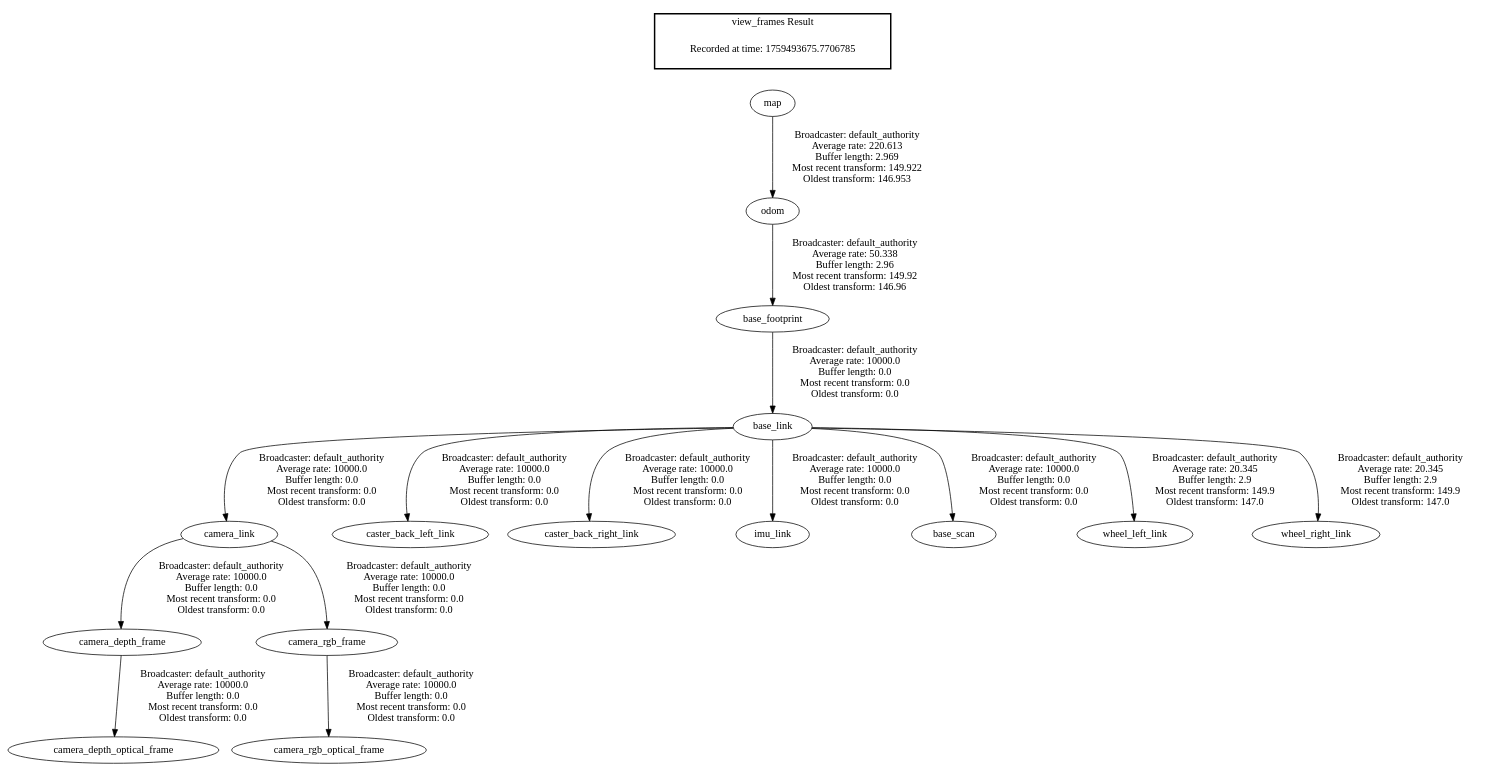
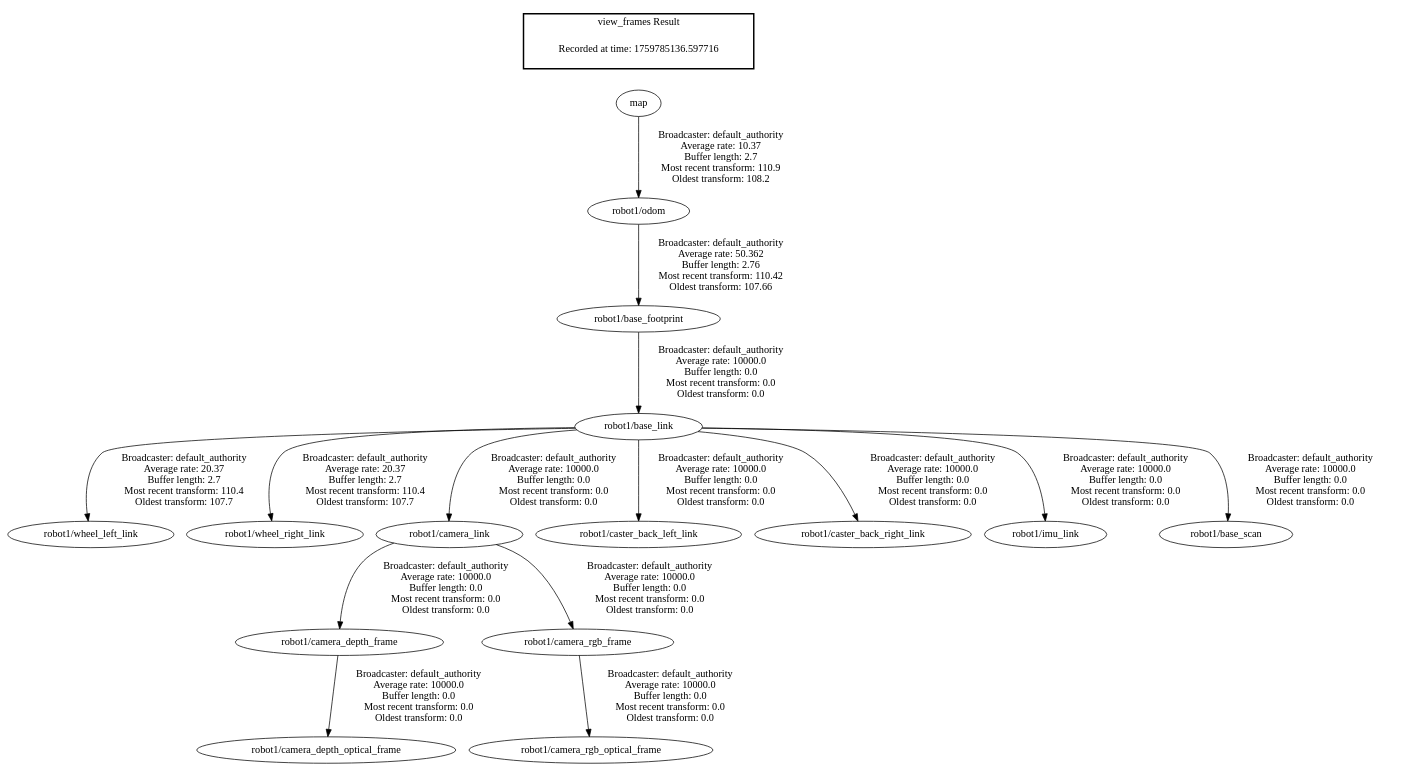
Before and after one commit to gAntonacci8/tb3_multi_nav: the diagram in ros_ws/frames_view/TF_global_view.gv, drawn with Graphviz. The commit also changed 2062 other files, not shown here.

```diff
--- a/ros_ws/frames_view/TF_global_view.gv
+++ b/ros_ws/frames_view/TF_global_view.gv
@@ -1,20 +1,20 @@
 digraph G {
-"odom" -> "base_footprint"[label=" Broadcaster: default_authority\nAverage rate: 50.338\nBuffer length: 2.96\nMost recent transform: 149.92\nOldest transform: 146.96\n"];
-"map" -> "odom"[label=" Broadcaster: default_authority\nAverage rate: 220.613\nBuffer length: 2.969\nMost recent transform: 149.922\nOldest transform: 146.953\n"];
-"base_footprint" -> "base_link"[label=" Broadcaster: default_authority\nAverage rate: 10000.0\nBuffer length: 0.0\nMost recent transform: 0.0\nOldest transform: 0.0\n"];
-"camera_link" -> "camera_depth_frame"[label=" Broadcaster: default_authority\nAverage rate: 10000.0\nBuffer length: 0.0\nMost recent transform: 0.0\nOldest transform: 0.0\n"];
-"base_link" -> "camera_link"[label=" Broadcaster: default_authority\nAverage rate: 10000.0\nBuffer length: 0.0\nMost recent transform: 0.0\nOldest transform: 0.0\n"];
-"camera_depth_frame" -> "camera_depth_optical_frame"[label=" Broadcaster: default_authority\nAverage rate: 10000.0\nBuffer length: 0.0\nMost recent transform: 0.0\nOldest transform: 0.0\n"];
-"camera_link" -> "camera_rgb_frame"[label=" Broadcaster: default_authority\nAverage rate: 10000.0\nBuffer length: 0.0\nMost recent transform: 0.0\nOldest transform: 0.0\n"];
-"camera_rgb_frame" -> "camera_rgb_optical_frame"[label=" Broadcaster: default_authority\nAverage rate: 10000.0\nBuffer length: 0.0\nMost recent transform: 0.0\nOldest transform: 0.0\n"];
-"base_link" -> "caster_back_left_link"[label=" Broadcaster: default_authority\nAverage rate: 10000.0\nBuffer length: 0.0\nMost recent transform: 0.0\nOldest transform: 0.0\n"];
-"base_link" -> "caster_back_right_link"[label=" Broadcaster: default_authority\nAverage rate: 10000.0\nBuffer length: 0.0\nMost recent transform: 0.0\nOldest transform: 0.0\n"];
-"base_link" -> "imu_link"[label=" Broadcaster: default_authority\nAverage rate: 10000.0\nBuffer length: 0.0\nMost recent transform: 0.0\nOldest transform: 0.0\n"];
-"base_link" -> "base_scan"[label=" Broadcaster: default_authority\nAverage rate: 10000.0\nBuffer length: 0.0\nMost recent transform: 0.0\nOldest transform: 0.0\n"];
-"base_link" -> "wheel_left_link"[label=" Broadcaster: default_authority\nAverage rate: 20.345\nBuffer length: 2.9\nMost recent transform: 149.9\nOldest transform: 147.0\n"];
-"base_link" -> "wheel_right_link"[label=" Broadcaster: default_authority\nAverage rate: 20.345\nBuffer length: 2.9\nMost recent transform: 149.9\nOldest transform: 147.0\n"];
+"robot1/odom" -> "robot1/base_footprint"[label=" Broadcaster: default_authority\nAverage rate: 50.362\nBuffer length: 2.76\nMost recent transform: 110.42\nOldest transform: 107.66\n"];
+"map" -> "robot1/odom"[label=" Broadcaster: default_authority\nAverage rate: 10.37\nBuffer length: 2.7\nMost recent transform: 110.9\nOldest transform: 108.2\n"];
+"robot1/base_link" -> "robot1/wheel_left_link"[label=" Broadcaster: default_authority\nAverage rate: 20.37\nBuffer length: 2.7\nMost recent transform: 110.4\nOldest transform: 107.7\n"];
+"robot1/base_footprint" -> "robot1/base_link"[label=" Broadcaster: default_authority\nAverage rate: 10000.0\nBuffer length: 0.0\nMost recent transform: 0.0\nOldest transform: 0.0\n"];
+"robot1/base_link" -> "robot1/wheel_right_link"[label=" Broadcaster: default_authority\nAverage rate: 20.37\nBuffer length: 2.7\nMost recent transform: 110.4\nOldest transform: 107.7\n"];
+"robot1/camera_link" -> "robot1/camera_depth_frame"[label=" Broadcaster: default_authority\nAverage rate: 10000.0\nBuffer length: 0.0\nMost recent transform: 0.0\nOldest transform: 0.0\n"];
+"robot1/base_link" -> "robot1/camera_link"[label=" Broadcaster: default_authority\nAverage rate: 10000.0\nBuffer length: 0.0\nMost recent transform: 0.0\nOldest transform: 0.0\n"];
+"robot1/camera_depth_frame" -> "robot1/camera_depth_optical_frame"[label=" Broadcaster: default_authority\nAverage rate: 10000.0\nBuffer length: 0.0\nMost recent transform: 0.0\nOldest transform: 0.0\n"];
+"robot1/camera_link" -> "robot1/camera_rgb_frame"[label=" Broadcaster: default_authority\nAverage rate: 10000.0\nBuffer length: 0.0\nMost recent transform: 0.0\nOldest transform: 0.0\n"];
+"robot1/camera_rgb_frame" -> "robot1/camera_rgb_optical_frame"[label=" Broadcaster: default_authority\nAverage rate: 10000.0\nBuffer length: 0.0\nMost recent transform: 0.0\nOldest transform: 0.0\n"];
+"robot1/base_link" -> "robot1/caster_back_left_link"[label=" Broadcaster: default_authority\nAverage rate: 10000.0\nBuffer length: 0.0\nMost recent transform: 0.0\nOldest transform: 0.0\n"];
+"robot1/base_link" -> "robot1/caster_back_right_link"[label=" Broadcaster: default_authority\nAverage rate: 10000.0\nBuffer length: 0.0\nMost recent transform: 0.0\nOldest transform: 0.0\n"];
+"robot1/base_link" -> "robot1/imu_link"[label=" Broadcaster: default_authority\nAverage rate: 10000.0\nBuffer length: 0.0\nMost recent transform: 0.0\nOldest transform: 0.0\n"];
+"robot1/base_link" -> "robot1/base_scan"[label=" Broadcaster: default_authority\nAverage rate: 10000.0\nBuffer length: 0.0\nMost recent transform: 0.0\nOldest transform: 0.0\n"];
 edge [style=invis];
  subgraph cluster_legend { style=bold; color=black; label ="view_frames Result";
-"Recorded at time: 1759493675.7706785"[ shape=plaintext ] ;
+"Recorded at time: 1759785136.597716"[ shape=plaintext ] ;
 }->"map";
 }
```
